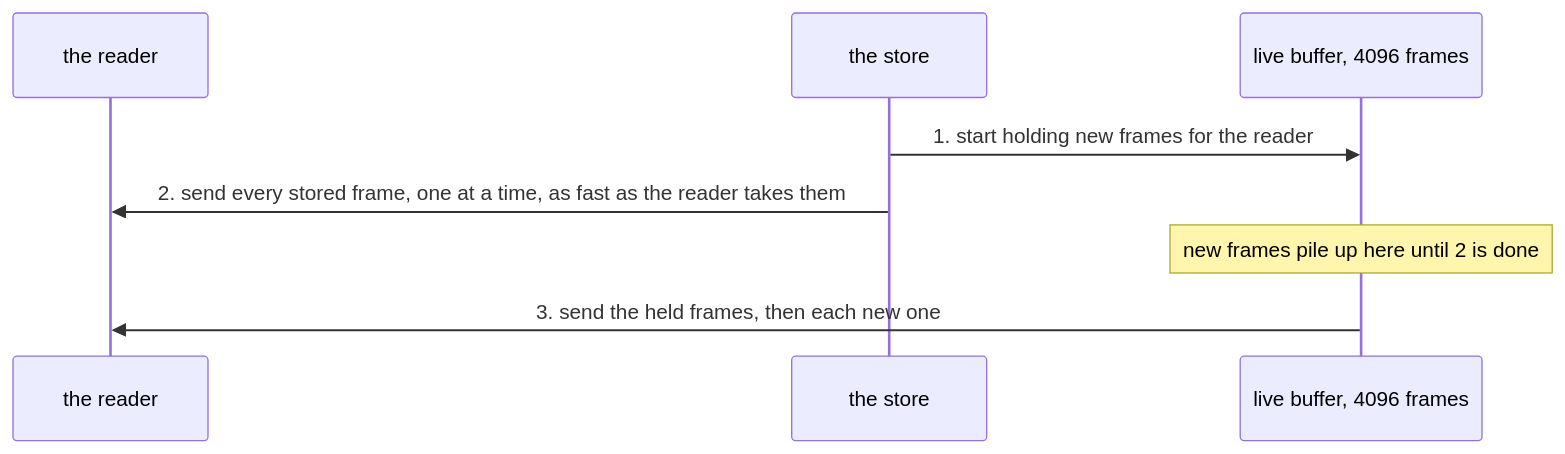
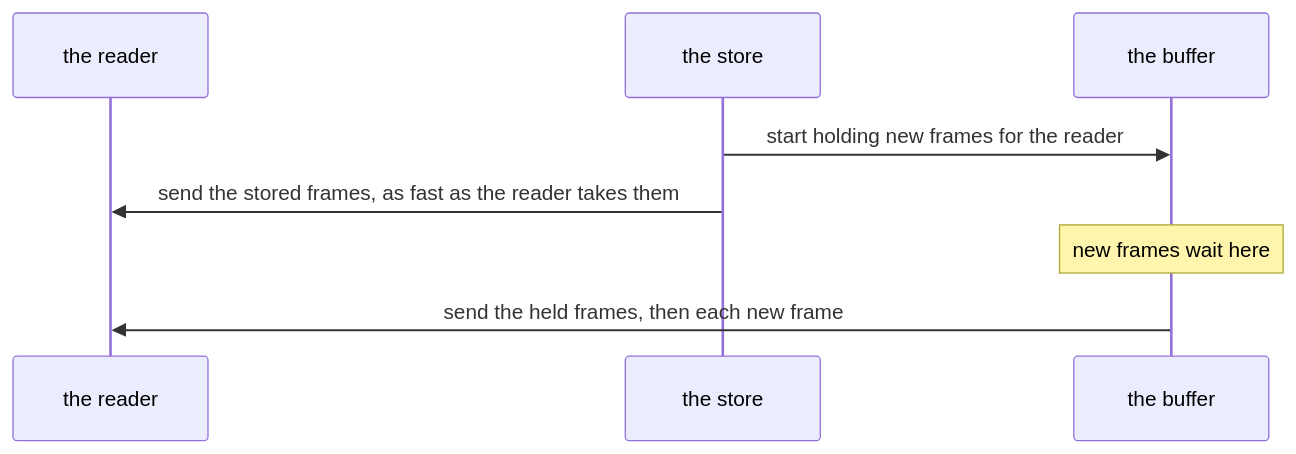
The first of 2 diagrams in docs/adr/0008-follow-scan-first.md (cablehead/xs), drawn with Mermaid before and after one commit. The commit also changed other lines of this file, not shown here.

````diff
--- a/docs/adr/0008-follow-scan-first.md
+++ b/docs/adr/0008-follow-scan-first.md
@@ -7,10 +7,10 @@
 ```mermaid
 sequenceDiagram
   participant R as the reader
   participant S as the store
-  participant B as live buffer, 4096 frames
-  S->>B: 1. start holding new frames for the reader
-  S->>R: 2. send every stored frame, one at a time, as fast as the reader takes them
-  Note over B: new frames pile up here until 2 is done
-  B->>R: 3. send the held frames, then each new one
+  participant B as the buffer
+  S->>B: start holding new frames for the reader
+  S->>R: send the stored frames, as fast as the reader takes them
+  Note over B: new frames wait here
+  B->>R: send the held frames, then each new frame
 ```
````
